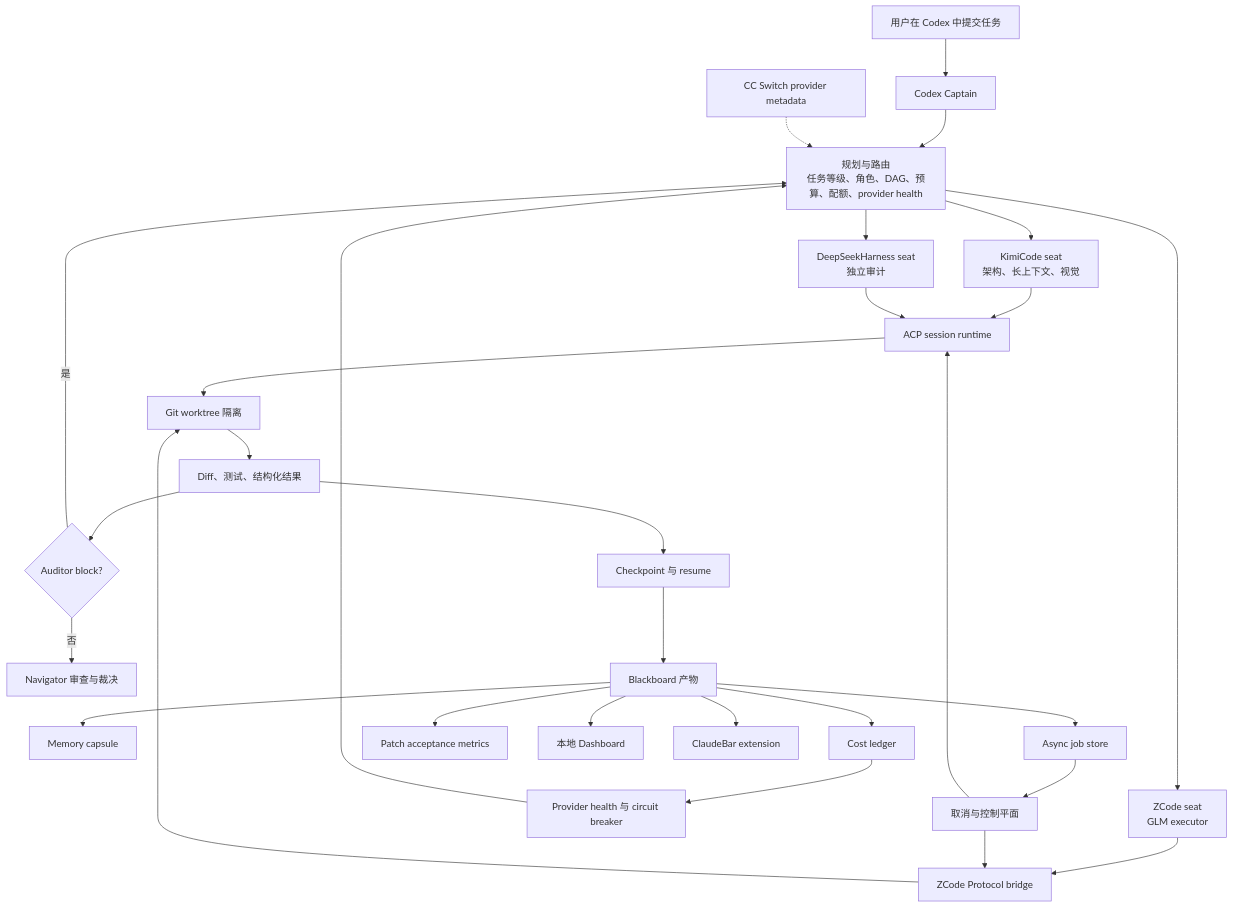
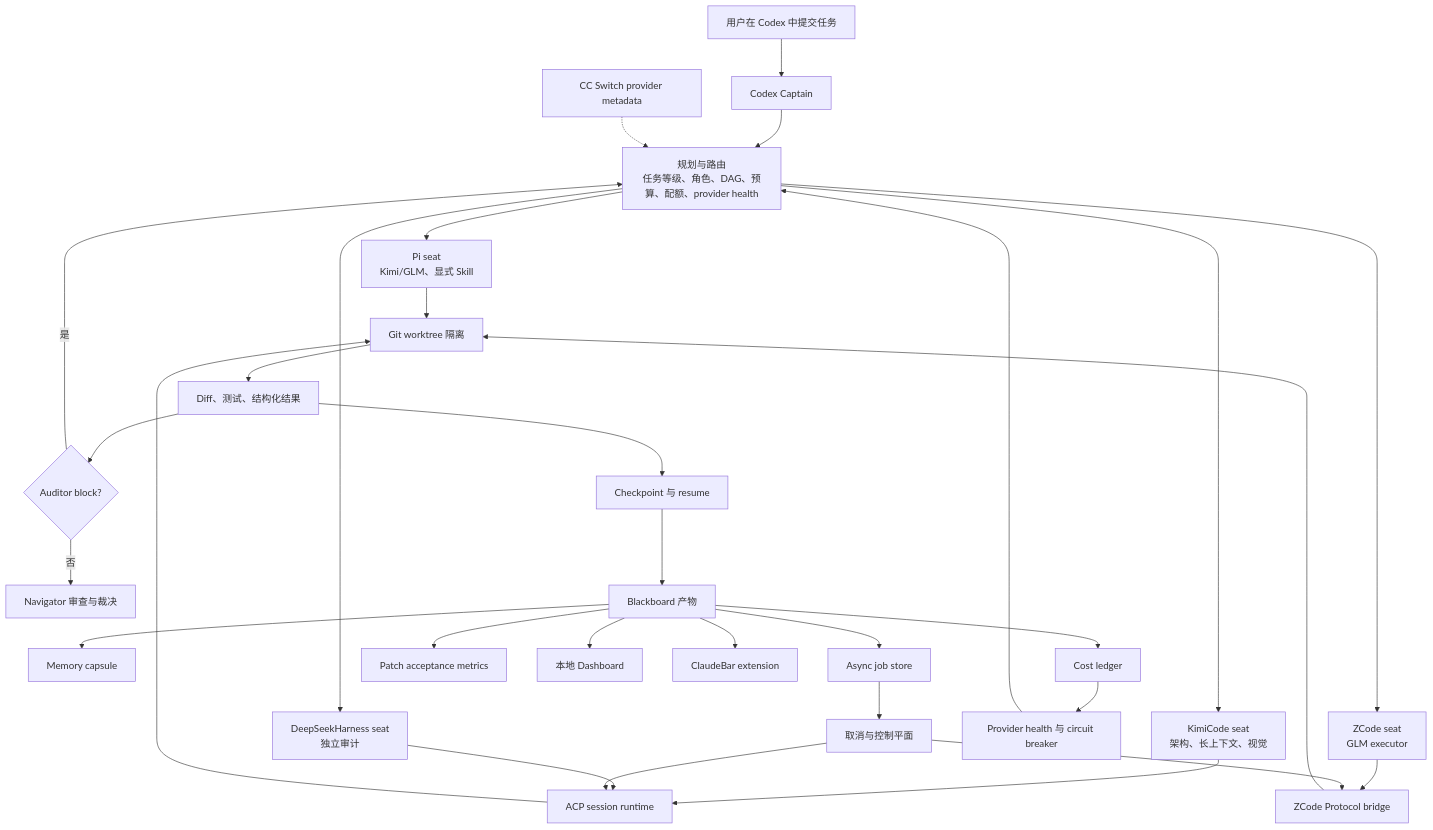
The diagram in README.zh-CN.md (Flipped929/codex-moa), drawn with Mermaid before and after one commit. The commit also changed other lines of this file and 87 other files, not shown here.

````diff
--- a/README.zh-CN.md
+++ b/README.zh-CN.md
@@ -41,39 +44,41 @@
 ```mermaid
 flowchart TB
   User[用户在 Codex 中提交任务] --> Captain[Codex Captain]
   Captain --> Planner[规划与路由<br/>任务等级、角色、DAG、预算、配额、provider health]
 
+  Planner --> Pi[Pi seat<br/>Kimi/GLM、显式 Skill]
   Planner --> Kimi[KimiCode seat<br/>架构、长上下文、视觉]
   Planner --> ZCode[ZCode seat<br/>GLM executor]
   Planner --> DSH[DeepSeekHarness seat<br/>独立审计]
 
+  Pi --> Worktree
   Kimi --> ACP[ACP session runtime]
   ZCode --> ZBridge[ZCode Protocol bridge]
   DSH --> ACP
 
   ACP --> Worktree[Git worktree 隔离]
   ZBridge --> Worktree
   Worktree --> Evidence[Diff、测试、结构化结果]
 
   Evidence --> Checkpoint[Checkpoint 与 resume]
   Evidence --> Repair{Auditor block?}
   Repair -->|是| Planner
   Repair -->|否| Navigator[Navigator 审查与裁决]
 
   Checkpoint --> Blackboard[Blackboard 产物]
   Blackboard --> Memory[Memory capsule]
   Blackboard --> Cost[Cost ledger]
   Blackboard --> Jobs[Async job store]
   Blackboard --> Patch[Patch acceptance metrics]
 
   Cost --> Health[Provider health 与 circuit breaker]
   Health --> Planner
 
   Jobs --> Control[取消与控制平面]
   Control --> ACP
   Control --> ZBridge
 
   Blackboard --> Dashboard[本地 Dashboard]
   Blackboard --> Bar[ClaudeBar extension]
   CCSwitch[CC Switch provider metadata] -.-> Planner
 ```
````
